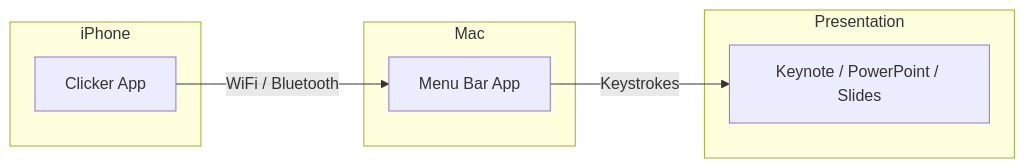
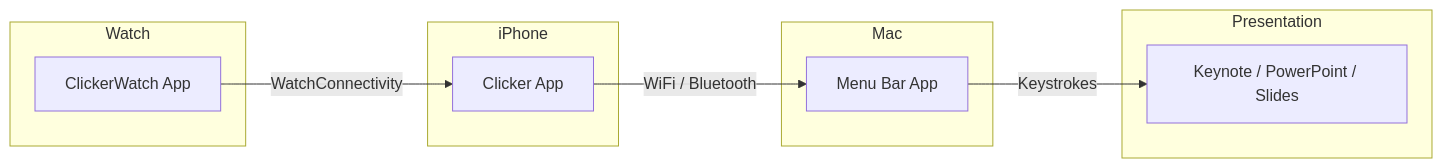
The diagram in docs/index.md (douinc/clicker), drawn with Mermaid before and after one commit. The commit also changed other lines of this file and 6 other files, not shown here.

````diff
--- a/docs/index.md
+++ b/docs/index.md
@@ -7,15 +7,19 @@
 ```mermaid
 graph LR
+    subgraph Watch
+        W[ClickerWatch App]
+    end
     subgraph iPhone
         A[Clicker App]
     end
     subgraph Mac
         B[Menu Bar App]
     end
     subgraph Presentation
         C[Keynote / PowerPoint / Slides]
     end
 
+    W -->|WatchConnectivity| A
     A -->|WiFi / Bluetooth| B
     B -->|Keystrokes| C
 ```
````
